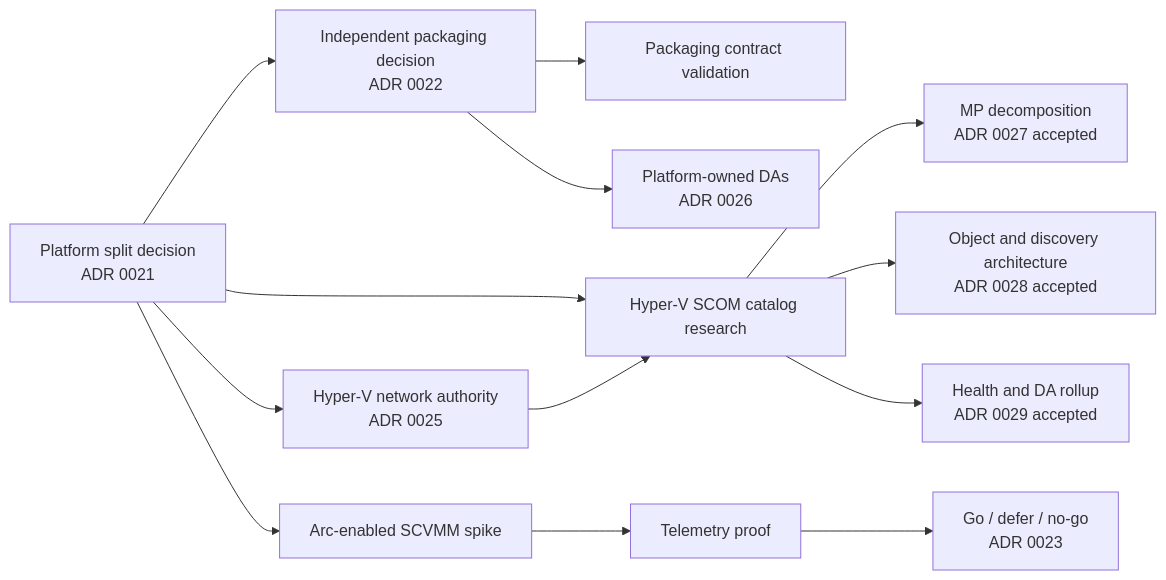
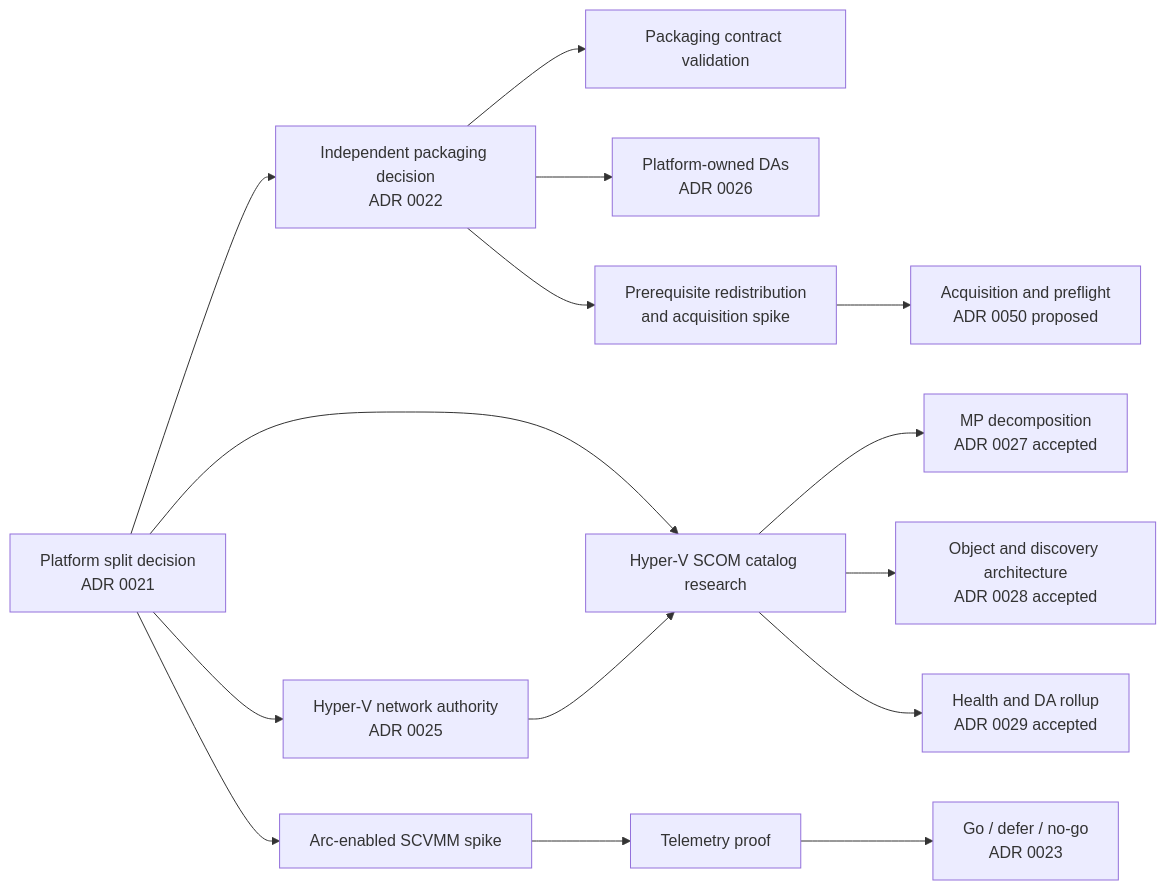
Before and after one commit to Hybrid-Solutions-Cloud/hybrid-health-monitoring: the diagram in docs/design/research-spikes.md, drawn with Mermaid. The commit also changed other lines of this file and 2 other files, not shown here.

````diff
--- a/docs/design/research-spikes.md
+++ b/docs/design/research-spikes.md
@@ -20,15 +21,17 @@
 ```mermaid
 flowchart LR
     P[Platform split decision<br/>ADR 0021] --> Pkg[Independent packaging decision<br/>ADR 0022]
     Pkg --> S1[Packaging contract validation]
     Pkg --> DA[Platform-owned DAs<br/>ADR 0026]
     P --> S2[Hyper-V SCOM catalog research]
     P --> Net[Hyper-V network authority<br/>ADR 0025]
     Net --> S2
     S2 --> MP[MP decomposition<br/>ADR 0027 accepted]
     S2 --> OBJ[Object and discovery architecture<br/>ADR 0028 accepted]
     S2 --> HEALTH[Health and DA rollup<br/>ADR 0029 accepted]
     P --> S3[Arc-enabled SCVMM spike]
     S3 --> S4[Telemetry proof]
     S4 --> Arc[Go / defer / no-go<br/>ADR 0023]
+    Pkg --> Redist[Prerequisite redistribution<br/>and acquisition spike]
+    Redist --> Pre[Acquisition and preflight<br/>ADR 0050 proposed]
 ```
````
